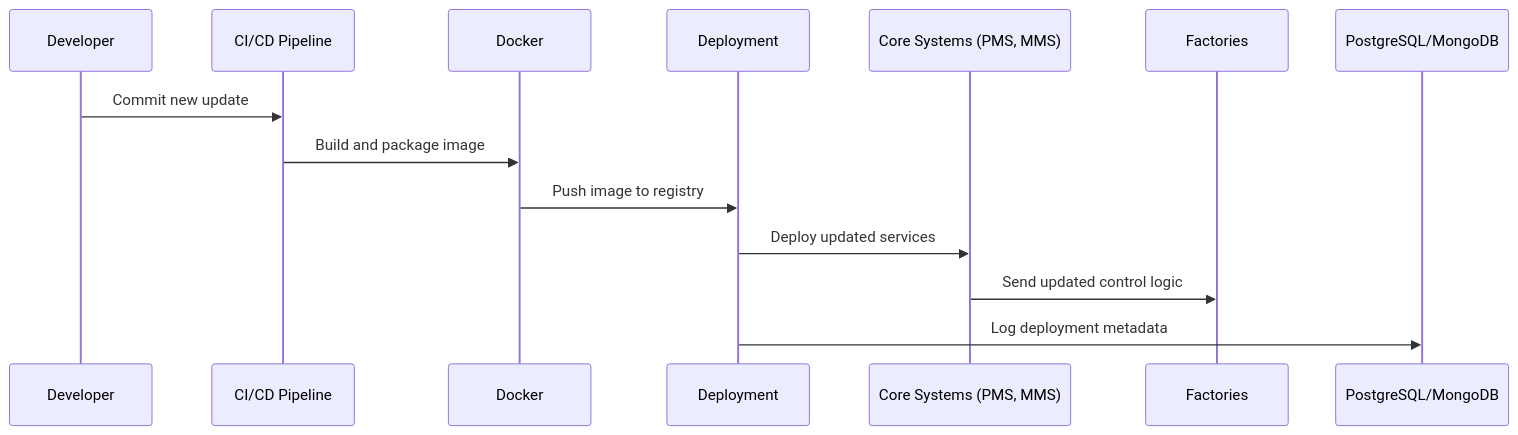
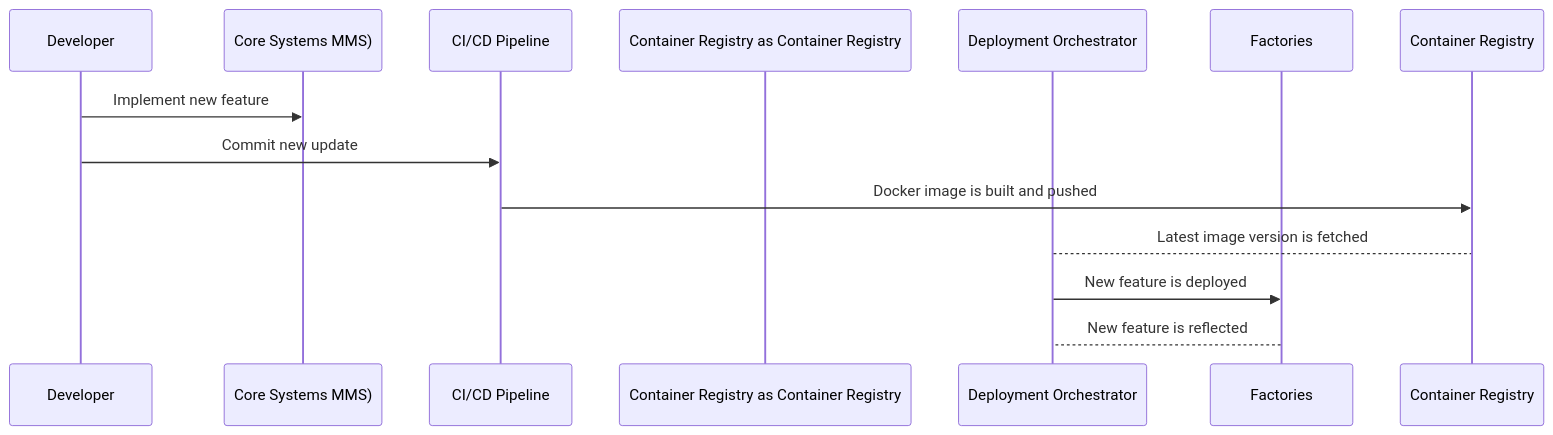
Before and after one commit to Kongstad-Dev/AdvancedSoftwareArchG5: the diagram in diagrams/DIS-behavior.mmd, drawn with Mermaid. The commit also changed 6 other files, not shown here.

Commit message:
Worked on behavior diagrams

```diff
--- a/diagrams/DIS-behavior.mmd
+++ b/diagrams/DIS-behavior.mmd
@@ -1,15 +1,14 @@
 sequenceDiagram
-  participant Developer
-  participant CICD as CI/CD Pipeline
-  participant Docker
-  participant Deployment
-  participant CoreSystems as Core Systems (PMS, MMS)
-  participant Factories
-  participant DB as PostgreSQL/MongoDB
+participant Developer
+participant CoreSystems as Core Systems  MMS)
+participant CICD as CI/CD Pipeline
+participant Container Registry as Container Registry
+participant DeploymentOrchestrator as Deployment Orchestrator
+participant Factories
 
-  Developer->>CICD: Commit new update
-  CICD->>Docker: Build and package image
-  Docker->>Deployment: Push image to registry
-  Deployment->>CoreSystems: Deploy updated services
-  CoreSystems->>Factories: Send updated control logic
-  Deployment->>DB: Log deployment metadata
+Developer ->>CoreSystems: Implement new feature
+Developer->>CICD: Commit new update
+CICD->>Container Registry: Docker image is built and pushed
+DeploymentOrchestrator --> Container Registry: Latest image version is fetched
+DeploymentOrchestrator ->> Factories: New feature is deployed
+Factories --> DeploymentOrchestrator: New feature is reflected
```
